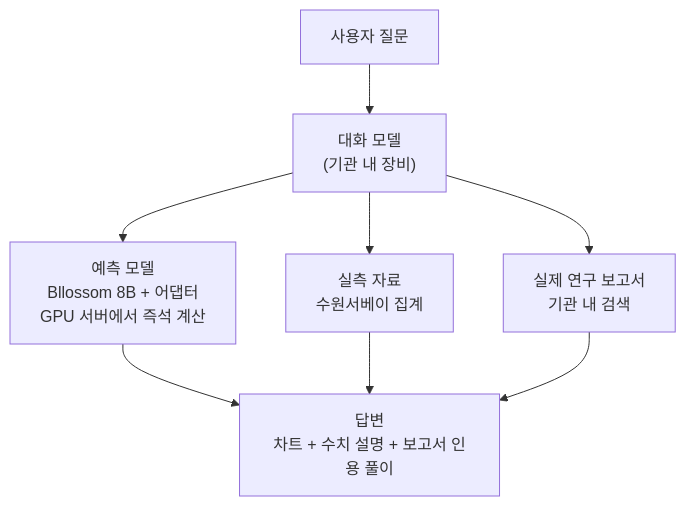
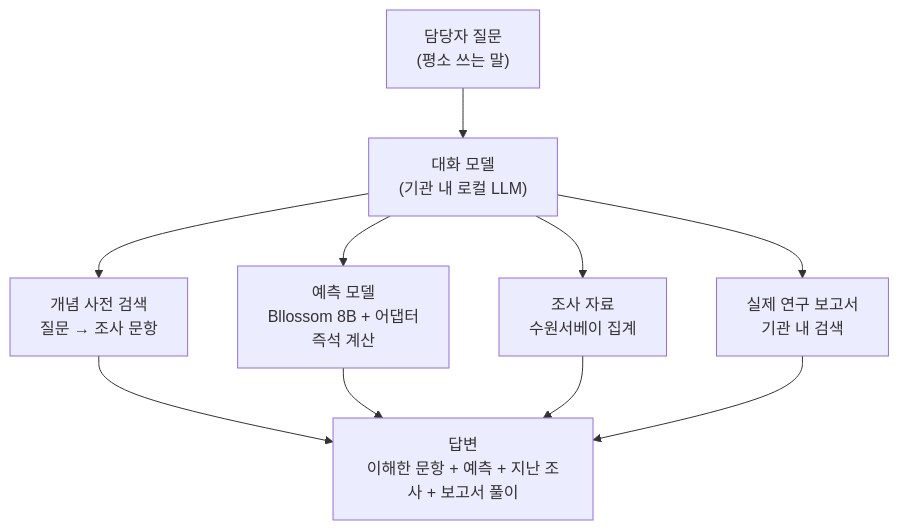
Before and after one commit to lee-data-socio/suwon_chat: the diagram in docs/OVERVIEW.md, drawn with Mermaid. The commit also changed other lines of this file, not shown here.

````diff
--- a/docs/OVERVIEW.md
+++ b/docs/OVERVIEW.md
@@ -64,10 +98,12 @@
 ```mermaid
 flowchart TD
-    U["사용자 질문"] --> C["대화 모델<br/>(기관 내 장비)"]
-    C --> P["예측 모델<br/>Bllossom 8B + 어댑터<br/>GPU 서버에서 즉석 계산"]
-    C --> A["실측 자료<br/>수원서베이 집계"]
+    U["담당자 질문<br/>(평소 쓰는 말)"] --> C["대화 모델<br/>(기관 내 로컬 LLM)"]
+    C --> K["개념 사전 검색<br/>질문 → 조사 문항"]
+    C --> P["예측 모델<br/>Bllossom 8B + 어댑터<br/>즉석 계산"]
+    C --> A["조사 자료<br/>수원서베이 집계"]
     C --> R["실제 연구 보고서<br/>기관 내 검색"]
-    P --> O["답변<br/>차트 + 수치 설명 + 보고서 인용 풀이"]
+    K --> O["답변<br/>이해한 문항 + 예측 + 지난 조사 + 보고서 풀이"]
+    P --> O
     A --> O
     R --> O
 ```
````
